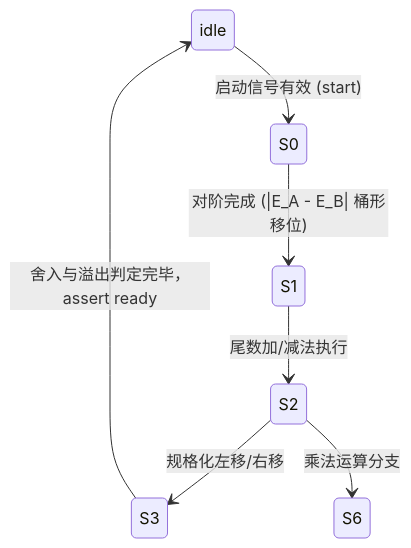
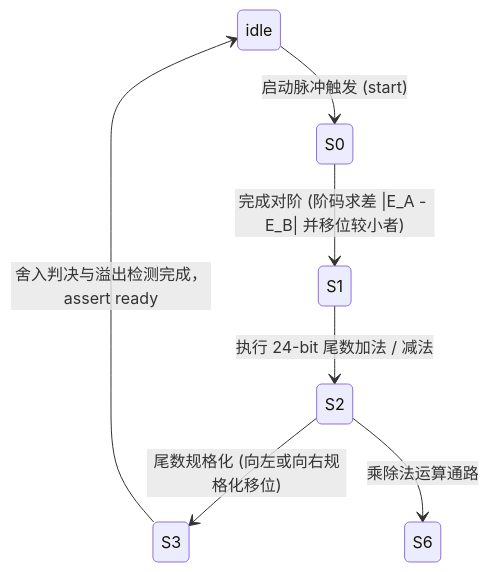
Before and after one commit to DongFengPo1412/Design-of-Simple-Calculator-Based-on-FPGA: the second of 3 diagrams in README.md, drawn with Mermaid. The commit also changed other lines of this file and 10 other files, not shown here.

Commit message:
docs: optimize multi-paradigm calculator documentation with authentic hardware demo and architectural schematics

````diff
--- a/README.md
+++ b/README.md
@@ -102,9 +133,9 @@
 ```mermaid
 stateDiagram-v2
-    idle --> S0 : 启动信号有效 (start)
-    S0 --> S1 : 对阶完成 (|E_A - E_B| 桶形移位)
-    S1 --> S2 : 尾数加/减法执行
-    S2 --> S3 : 规格化左移/右移
-    S2 --> S6 : 乘法运算分支
-    S3 --> idle : 舍入与溢出判定完毕，assert ready
+    idle --> S0 : 启动脉冲触发 (start)
+    S0 --> S1 : 完成对阶 (阶码求差 |E_A - E_B| 并移位较小者)
+    S1 --> S2 : 执行 24-bit 尾数加法 / 减法
+    S2 --> S3 : 尾数规格化 (向左或向右规格化移位)
+    S2 --> S6 : 乘除法运算通路
+    S3 --> idle : 舍入判决与溢出检测完成，assert ready
 ```
````
